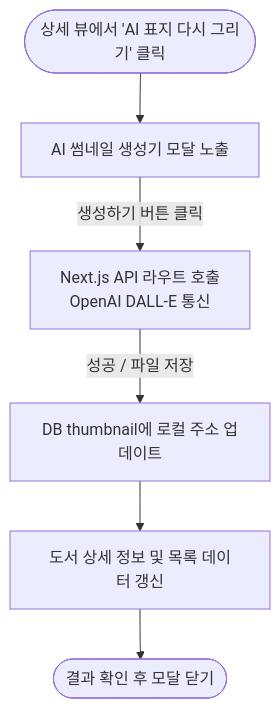
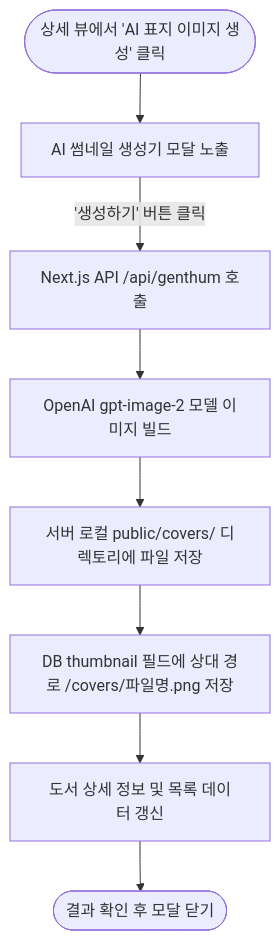
Before and after one commit to Jonghyeon-Bae/library-mini-project4: the fourth of 5 diagrams in docs/wireframe.md, drawn with Mermaid. The commit also changed other lines of this file and 5 other files, not shown here.

````diff
--- a/docs/wireframe.md
+++ b/docs/wireframe.md
@@ -93,10 +125,12 @@
 ```mermaid
 flowchart TD
-    START([상세 뷰에서 'AI 표지 다시 그리기' 클릭]) --> RENDER[AI 썸네일 생성기 모달 노출]
+    START([상세 뷰에서 'AI 표지 이미지 생성' 클릭]) --> RENDER[AI 썸네일 생성기 모달 노출]
     
-    RENDER -->|생성하기 버튼 클릭| API_GEN[Next.js API 라우트 호출<br/>OpenAI DALL-E 통신]
-    API_GEN -->|성공 / 파일 저장| SAVE_DB[DB thumbnail에 로컬 주소 업데이트]
+    RENDER -->|'생성하기' 버튼 클릭| API_GEN[Next.js API /api/genthum 호출]
+    API_GEN --> GPT_IMG[OpenAI gpt-image-2 모델 이미지 빌드]
+    GPT_IMG --> SAVE_FILE[서버 로컬 public/covers/ 디렉토리에 파일 저장]
+    SAVE_FILE --> SAVE_DB[DB thumbnail 필드에 상대 경로 /covers/파일명.png 저장]
     
     SAVE_DB --> REFRESH[도서 상세 정보 및 목록 데이터 갱신]
     REFRESH --> CLOSE([결과 확인 후 모달 닫기])
 ```
````
